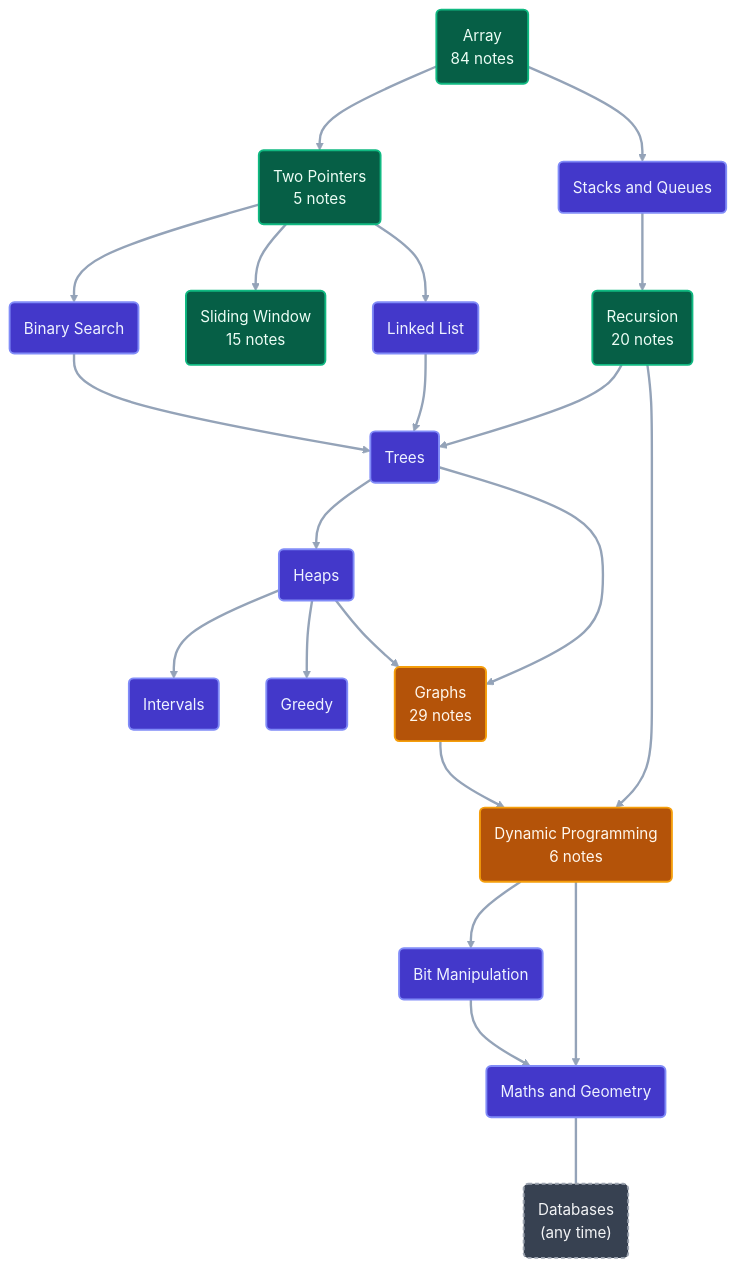
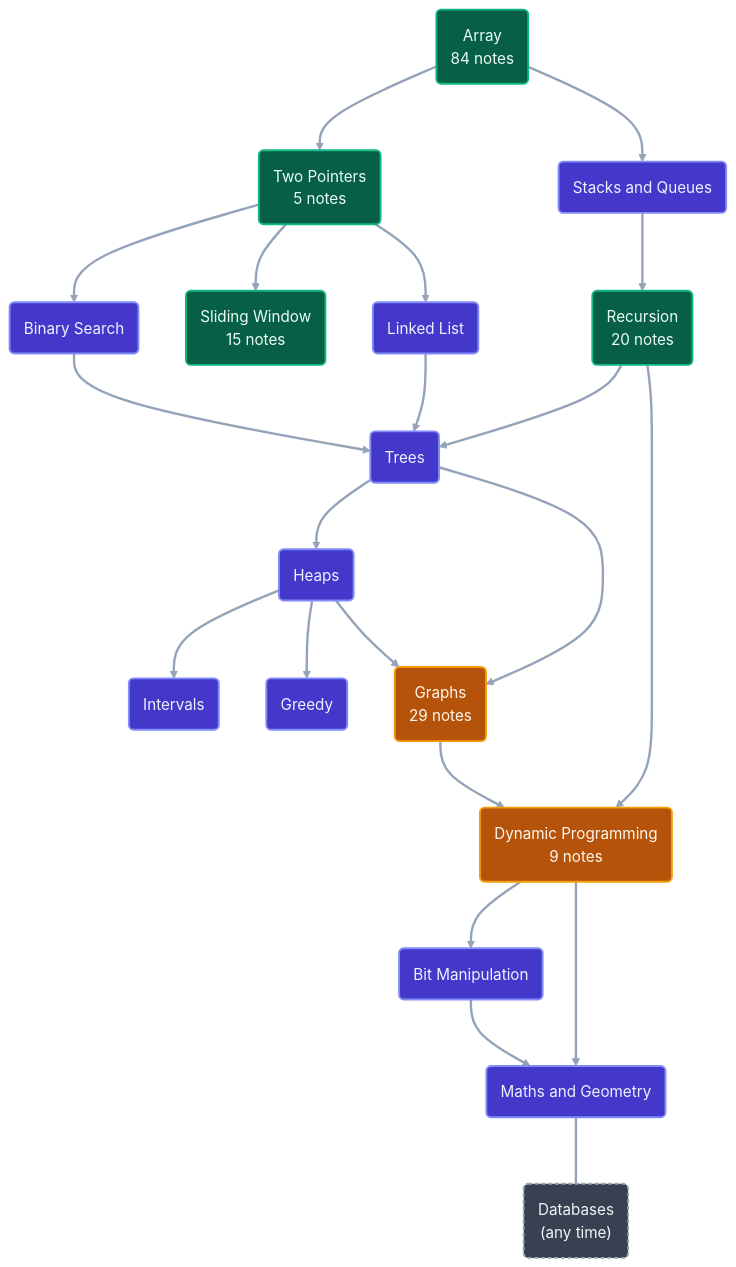
The second of 2 diagrams in README.md (ajay-nikumbh/dsa-notes), drawn with Mermaid before and after one commit. The commit also changed other lines of this file and 12 other files, not shown here.

First line of the commit message:
Add DP on Subsets and Subsequences: 3 full notes and 8 stubs

````diff
--- a/README.md
+++ b/README.md
@@ -76,52 +76,52 @@
 ```mermaid
 ---
 config:
   layout: dagre
   flowchart:
     curve: basis
     nodeSpacing: 50
     rankSpacing: 70
 ---
 flowchart TD
     ARR("Array<br/>84 notes"):::done
     TP("Two Pointers<br/>5 notes"):::done
     SQ("Stacks and Queues"):::todo
     BS("Binary Search"):::todo
     SW("Sliding Window<br/>15 notes"):::done
     LL("Linked List"):::todo
     REC("Recursion<br/>20 notes"):::done
     TR("Trees"):::todo
     HP("Heaps"):::todo
     GR("Graphs<br/>29 notes"):::inprog
-    DP("Dynamic Programming<br/>6 notes"):::inprog
+    DP("Dynamic Programming<br/>9 notes"):::inprog
     IV("Intervals"):::todo
     GD("Greedy"):::todo
     BM("Bit Manipulation"):::todo
     MG("Maths and Geometry"):::todo
     DB("Databases<br/>(any time)"):::side
     ARR --> TP
     ARR --> SQ
     TP --> BS
     TP --> SW
     TP --> LL
     SQ --> REC
     BS --> TR
     LL --> TR
     REC --> TR
     TR --> HP
     TR --> GR
     REC --> DP
     HP --> IV
     HP --> GD
     HP --> GR
     GR --> DP
     DP --> BM
     DP --> MG
     BM --> MG
     MG ~~~ DB
     classDef done fill:#065f46,stroke:#10b981,stroke-width:2px,color:#ecfdf5
     classDef inprog fill:#b45309,stroke:#f59e0b,stroke-width:2px,color:#fff7ed
     classDef todo fill:#4338ca,stroke:#818cf8,stroke-width:2px,color:#eef2ff
     classDef side fill:#374151,stroke:#9ca3af,stroke-width:2px,stroke-dasharray:4 3,color:#f3f4f6
     linkStyle default stroke:#94a3b8,stroke-width:2.5px
 ```
````
